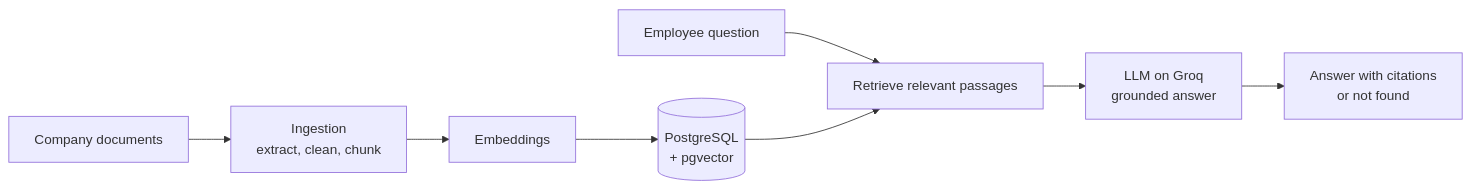
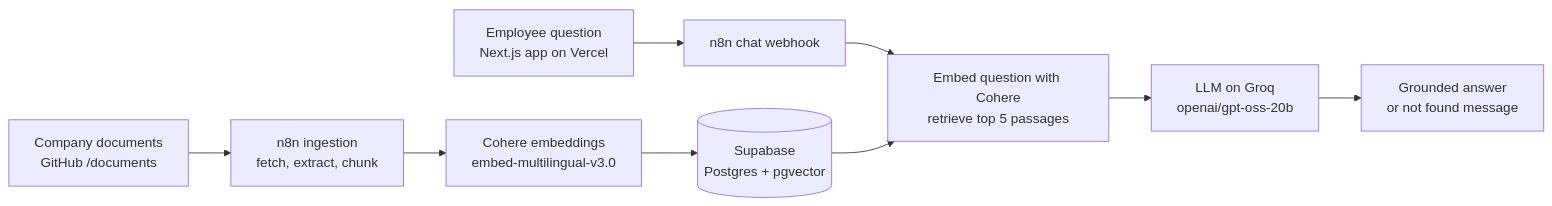
Before and after one commit to AshleyMekolle/mboko-knowledge-assistant: the diagram in README.md, drawn with Mermaid. The commit also changed other lines of this file, not shown here.

````diff
--- a/README.md
+++ b/README.md
@@ -105,10 +140,11 @@
 ```mermaid
 flowchart LR
-    A[Company documents] --> B[Ingestion<br>extract, clean, chunk]
-    B --> C[Embeddings]
-    C --> D[(PostgreSQL<br>+ pgvector)]
-    Q[Employee question] --> E[Retrieve relevant passages]
+    A[Company documents<br>GitHub /documents] --> B[n8n ingestion<br>fetch, extract, chunk]
+    B --> C[Cohere embeddings<br>embed-multilingual-v3.0]
+    C --> D[(Supabase<br>Postgres + pgvector)]
+    Q[Employee question<br>Next.js app on Vercel] --> W[n8n chat webhook]
+    W --> E[Embed question with Cohere<br>retrieve top 5 passages]
     D --> E
-    E --> F[LLM on Groq<br>grounded answer]
-    F --> G[Answer with citations<br>or not found]
+    E --> F[LLM on Groq<br>openai/gpt-oss-20b]
+    F --> G[Grounded answer<br>or not found message]
 ```
````
